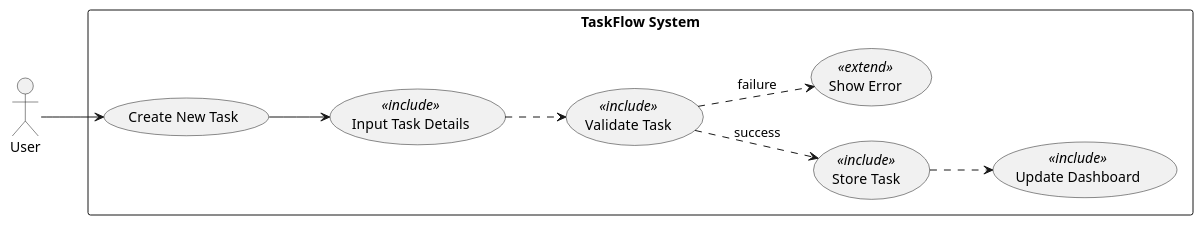
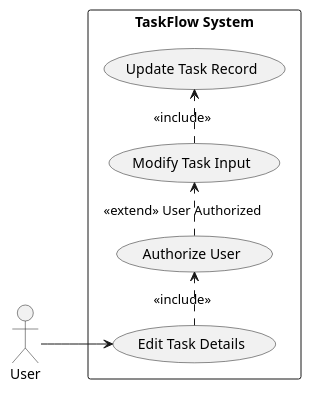
The fourth of 8 diagrams in artifacts/spec/spec.md (Chaman532003/framework), drawn with PlantUML before and after one commit. The commit also changed other lines of this file, not shown here.

````diff
--- a/artifacts/spec/spec.md
+++ b/artifacts/spec/spec.md
@@ -324,25 +417,20 @@
 ```plantuml
 @startuml
 left to right direction
 skinparam packageStyle rectangle
 
 actor User
 
 rectangle "TaskFlow System" {
-  usecase (Create New Task) as UC3_1
-  usecase (Input Task Details) as UC3_2 <<include>>
-  usecase (Validate Task) as UC3_3 <<include>>
-  usecase (Store Task) as UC3_4 <<include>>
-  usecase (Update Dashboard) as UC3_5 <<include>>
-  usecase (Show Error) as UC3_6 <<extend>>
+  usecase (Edit Task Details) as UC5
+  usecase (Authorize User) as UC5a
+  usecase (Modify Task Input) as UC5b
+  usecase (Update Task Record) as UC5c
 }
 
-User --> UC3_1
-UC3_1 --> UC3_2
-UC3_2 ..> UC3_3
-UC3_3 ..> UC3_4 : success
-UC3_3 ..> UC3_6 : failure
-UC3_4 ..> UC3_5
-
+User --> UC5
+UC5 .> UC5a : <<include>>
+UC5a .> UC5b : <<extend>> User Authorized
+UC5b .> UC5c : <<include>>
 @enduml
 ```
````
